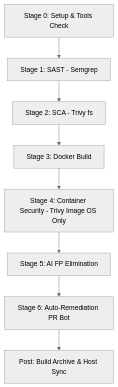
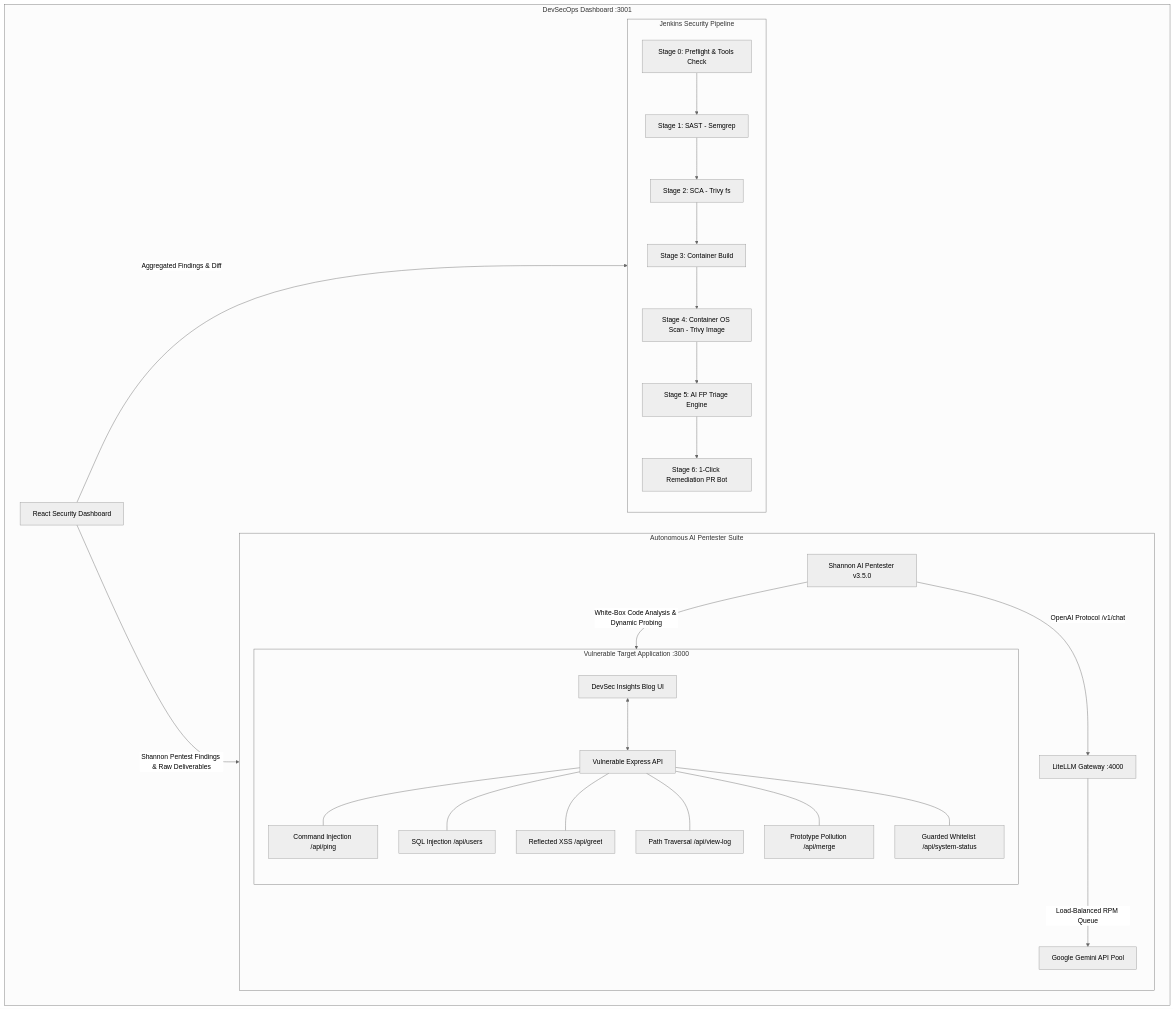
One commit to cnkgkce/devsecops-labs changed the diagram in README.md. Above: the diagram before and after it, drawn with Mermaid (neutral theme). The commit also changed other lines of this file and 12 other files, not shown here.

Commit message:
feat: integrate Shannon AI Pentester, LiteLLM proxy gateway, DevSec Insights blog UI, and English README

````diff
--- a/README.md
+++ b/README.md
@@ -73,10 +17,40 @@
 ```mermaid
 flowchart TD
-    A[Stage 0: Setup & Tools Check] --> B[Stage 1: SAST - Semgrep]
-    B --> C[Stage 2: SCA - Trivy fs]
-    C --> D[Stage 3: Docker Build]
-    D --> E[Stage 4: Container Security - Trivy Image OS Only]
-    E --> F[Stage 5: AI FP Elimination]
-    F --> G[Stage 6: Auto-Remediation PR Bot]
-    G --> H[Post: Build Archive & Host Sync]
+    subgraph CI_CD [Jenkins Security Pipeline]
+        S0[Stage 0: Preflight & Tools Check]
+        S1[Stage 1: SAST - Semgrep]
+        S2[Stage 2: SCA - Trivy fs]
+        S3[Stage 3: Container Build]
+        S4[Stage 4: Container OS Scan - Trivy Image]
+        S5[Stage 5: AI FP Triage Engine]
+        S6[Stage 6: 1-Click Remediation PR Bot]
+        S0 --> S1 --> S2 --> S3 --> S4 --> S5 --> S6
+    end
+
+    subgraph TargetApp [Vulnerable Target Application :3000]
+        WebUI[DevSec Insights Blog UI]
+        API[Vulnerable Express API]
+        WebUI <--> API
+        API --- V1[Command Injection /api/ping]
+        API --- V2[SQL Injection /api/users]
+        API --- V3[Reflected XSS /api/greet]
+        API --- V4[Path Traversal /api/view-log]
+        API --- V5[Prototype Pollution /api/merge]
+        API --- V6[Guarded Whitelist /api/system-status]
+    end
+
+    subgraph AIPentest [Autonomous AI Pentester Suite]
+        Shannon[Shannon AI Pentester v3.5.0]
+        LiteLLM[LiteLLM Gateway :4000]
+        Gemini[Google Gemini API Pool]
+        Shannon -->|OpenAI Protocol /v1/chat| LiteLLM
+        LiteLLM -->|Load-Balanced RPM Queue| Gemini
+        Shannon -->|White-Box Code Analysis & Dynamic Probing| TargetApp
+    end
+
+    subgraph Observability [DevSecOps Dashboard :3001]
+        DashUI[React Security Dashboard]
+        DashUI -->|Aggregated Findings & Diff| CI_CD
+        DashUI -->|Shannon Pentest Findings & Raw Deliverables| AIPentest
+    end
 ```
````
